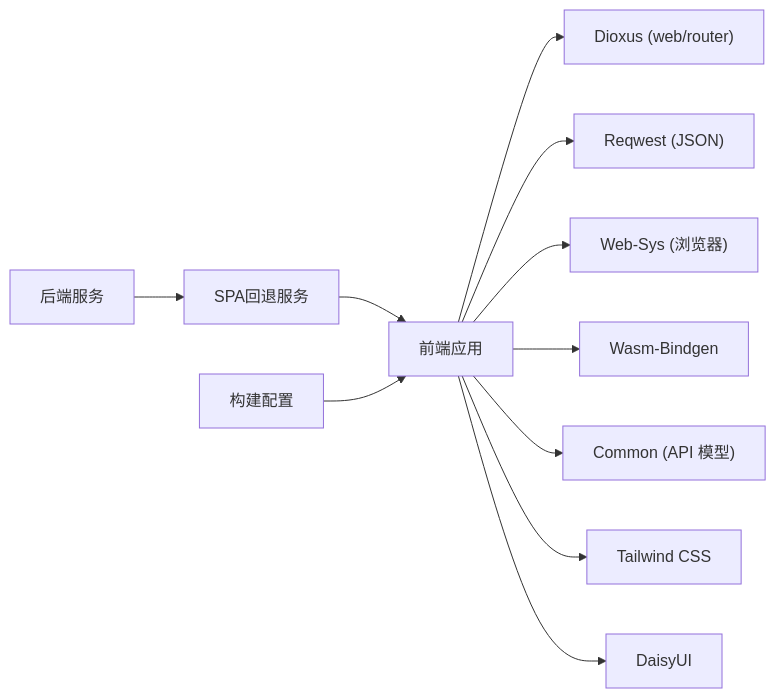
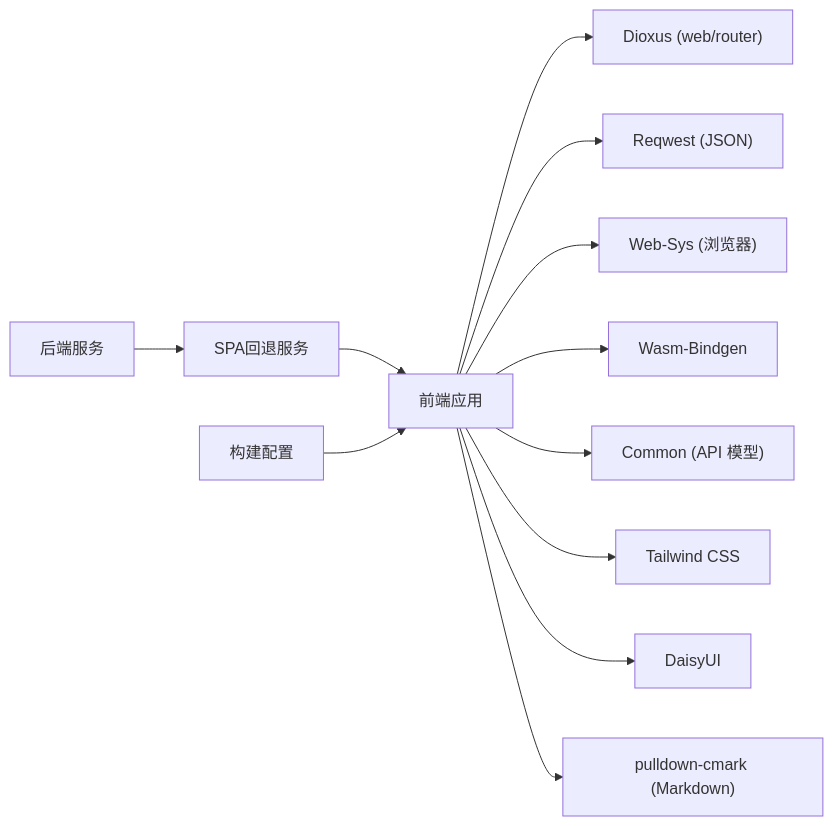
Diagram 14 of 14 in .qoder/repowiki/zh/content/前端应用/前端应用.md (runningcoders/ai_orz), drawn with Mermaid before and after one commit. The commit also changed other lines of this file and 5 other files, not shown here.

````diff
--- a/.qoder/repowiki/zh/content/前端应用/前端应用.md
+++ b/.qoder/repowiki/zh/content/前端应用/前端应用.md
@@ -440,13 +528,14 @@
 ```mermaid
 graph LR
 FE["前端应用"] --> DX["Dioxus (web/router)"]
 FE --> RW["Reqwest (JSON)"]
 FE --> WS["Web-Sys (浏览器)"]
 FE --> CB["Wasm-Bindgen"]
 FE --> CM["Common (API 模型)"]
 FE --> TW["Tailwind CSS"]
 FE --> DD["DaisyUI"]
+FE --> PM["pulldown-cmark (Markdown)"]
 BE["后端服务"] --> SF["SPA回退服务"]
 SF --> FE
 BC["构建配置"] --> FE
 ```
````
